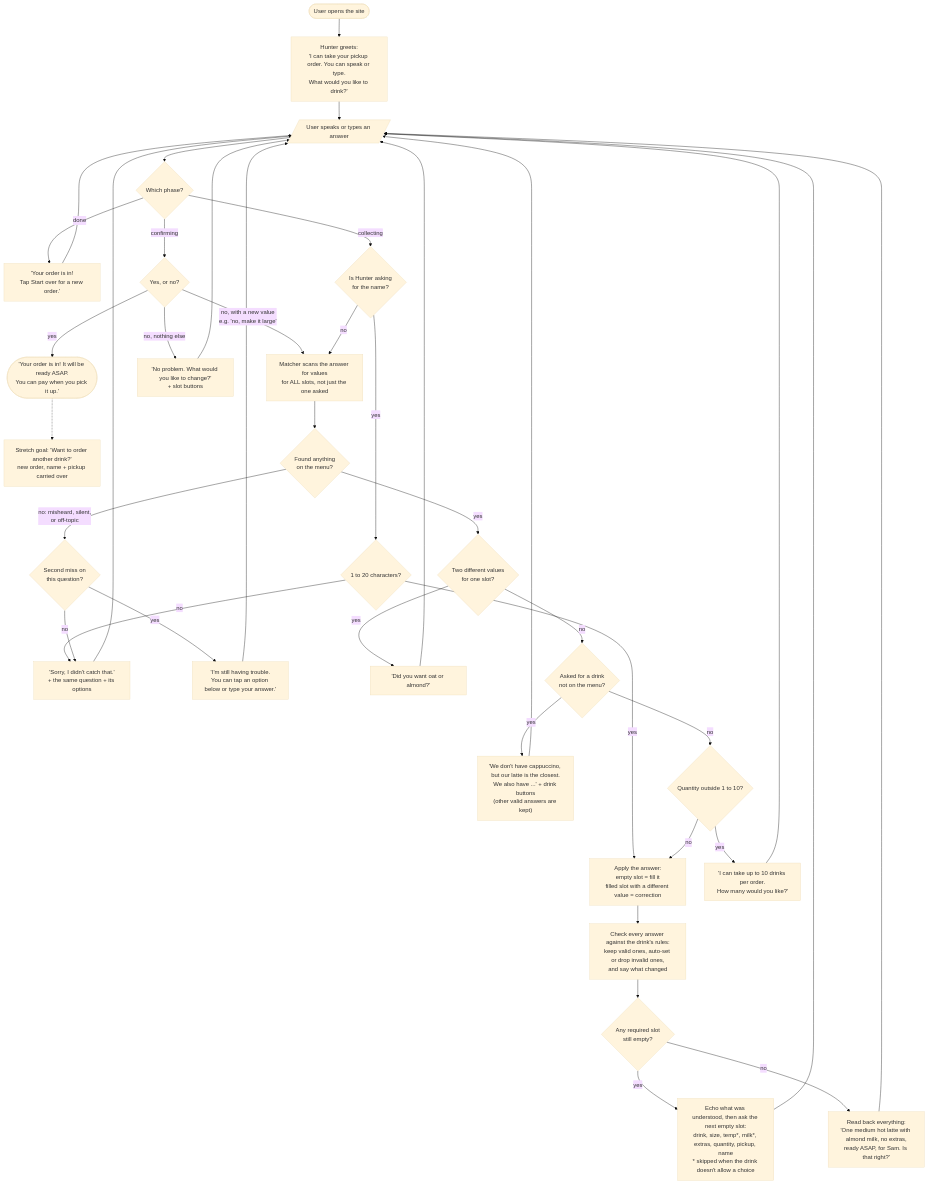
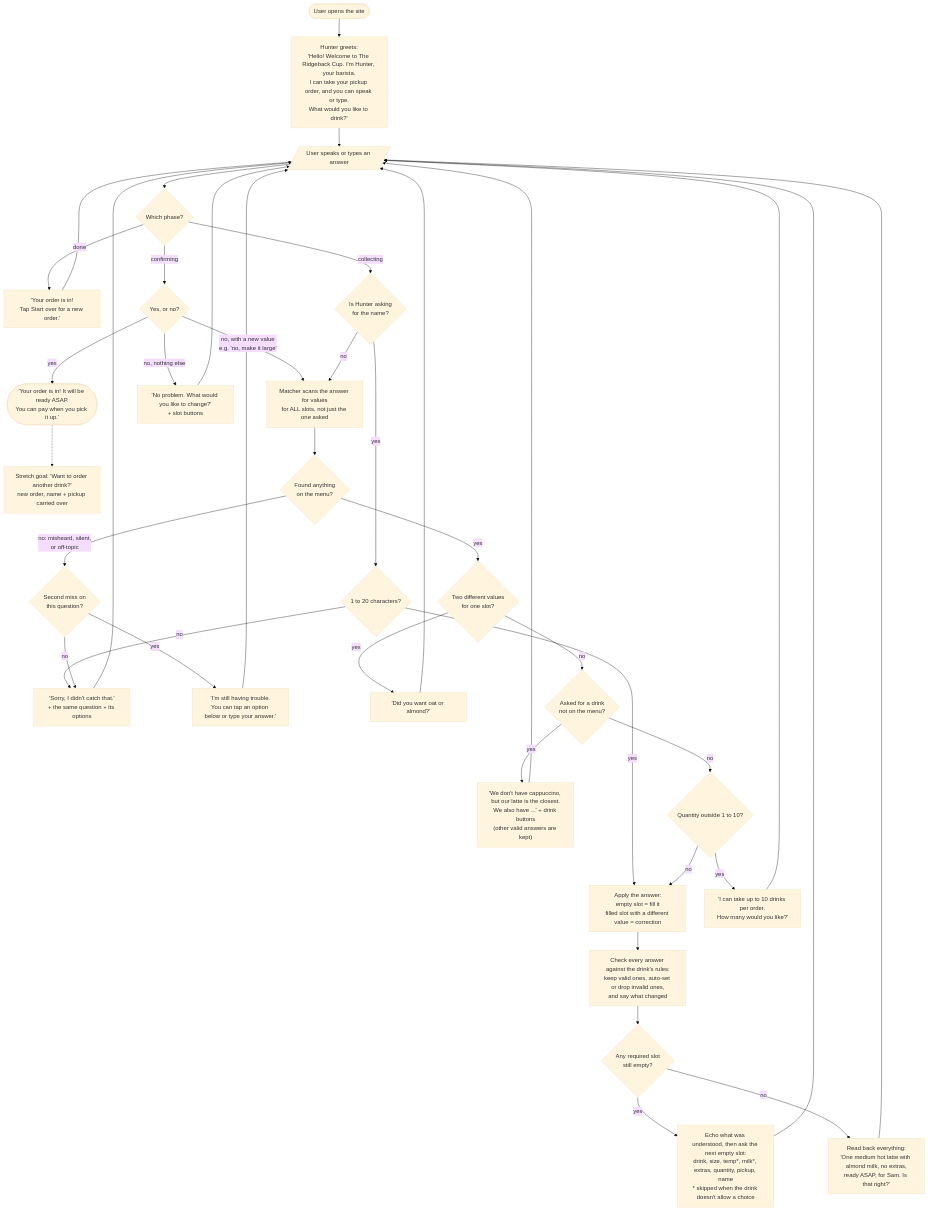
The first of 2 diagrams in docs/flowchart.md (Sufyan0004/ridgeback-cup), drawn with Mermaid (base theme) before and after one commit.

Commit message:
Start Hunter's greeting with Hello in the flowchart

````diff
--- a/docs/flowchart.md
+++ b/docs/flowchart.md
@@ -8,47 +8,47 @@
 ```mermaid
 flowchart TD
-    Open([User opens the site]) --> Greet["Hunter greets:<br/>'I can take your pickup order. You can speak or type.<br/>What would you like to drink?'"]
+    Open([User opens the site]) --> Greet["Hunter greets:<br/>'Hello! Welcome to The Ridgeback Cup. I'm Hunter, your barista.<br/>I can take your pickup order, and you can speak or type.<br/>What would you like to drink?'"]
     Greet --> Input[/User speaks or types an answer/]
     Input --> Phase{Which phase?}
 
     Phase -- done --> AfterDone["'Your order is in!<br/>Tap Start over for a new order.'"]
     AfterDone --> Input
 
     Phase -- confirming --> ConfirmAns{Yes, or no?}
     ConfirmAns -- yes --> Placed(["'Your order is in! It will be ready ASAP.<br/>You can pay when you pick it up.'"])
     ConfirmAns -- "no, with a new value<br/>e.g. 'no, make it large'" --> Match
     ConfirmAns -- "no, nothing else" --> WhatChange["'No problem. What would you like to change?'<br/>+ slot buttons"]
     WhatChange --> Input
     Placed -.-> Another["Stretch goal: 'Want to order another drink?'<br/>new order, name + pickup carried over"]
 
     Phase -- collecting --> IsName{Is Hunter asking<br/>for the name?}
     IsName -- yes --> NameOK{1 to 20 characters?}
     NameOK -- yes --> Apply
     NameOK -- no --> Reask
     IsName -- no --> Match["Matcher scans the answer for values<br/>for ALL slots, not just the one asked"]
 
     Match --> Any{Found anything<br/>on the menu?}
     Any -- "no: misheard, silent,<br/>or off-topic" --> Misses{Second miss on<br/>this question?}
     Misses -- no --> Reask["'Sorry, I didn't catch that.'<br/>+ the same question + its options"]
     Misses -- yes --> Escalate["'I'm still having trouble.<br/>You can tap an option below or type your answer.'"]
     Reask --> Input
     Escalate --> Input
 
     Any -- yes --> Ambig{Two different values<br/>for one slot?}
     Ambig -- yes --> Clarify["'Did you want oat or almond?'"]
     Clarify --> Input
     Ambig -- no --> Unknown{Asked for a drink<br/>not on the menu?}
     Unknown -- yes --> Closest["'We don't have cappuccino, but our latte is the closest.<br/>We also have ...' + drink buttons<br/>(other valid answers are kept)"]
     Closest --> Input
     Unknown -- no --> Qty{Quantity outside 1 to 10?}
     Qty -- yes --> QtyMsg["'I can take up to 10 drinks per order.<br/>How many would you like?'"]
     QtyMsg --> Input
     Qty -- no --> Apply["Apply the answer:<br/>empty slot = fill it<br/>filled slot with a different value = correction"]
 
     Apply --> Rules["Check every answer against the drink's rules:<br/>keep valid ones, auto-set or drop invalid ones,<br/>and say what changed"]
     Rules --> Empty{Any required slot<br/>still empty?}
     Empty -- yes --> AskNext["Echo what was understood, then ask the next empty slot:<br/>drink, size, temp*, milk*, extras, quantity, pickup, name<br/>* skipped when the drink doesn't allow a choice"]
     AskNext --> Input
     Empty -- no --> Confirm["Read back everything:<br/>'One medium hot latte with almond milk, no extras,<br/>ready ASAP, for Sam. Is that right?'"]
     Confirm --> Input
 ```
````
